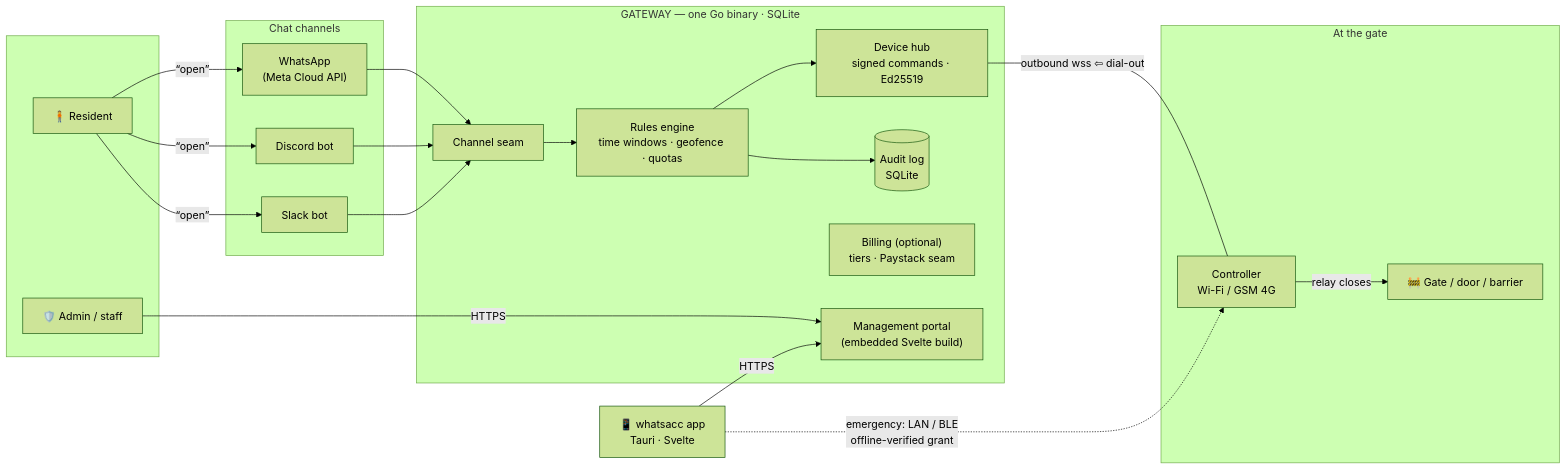
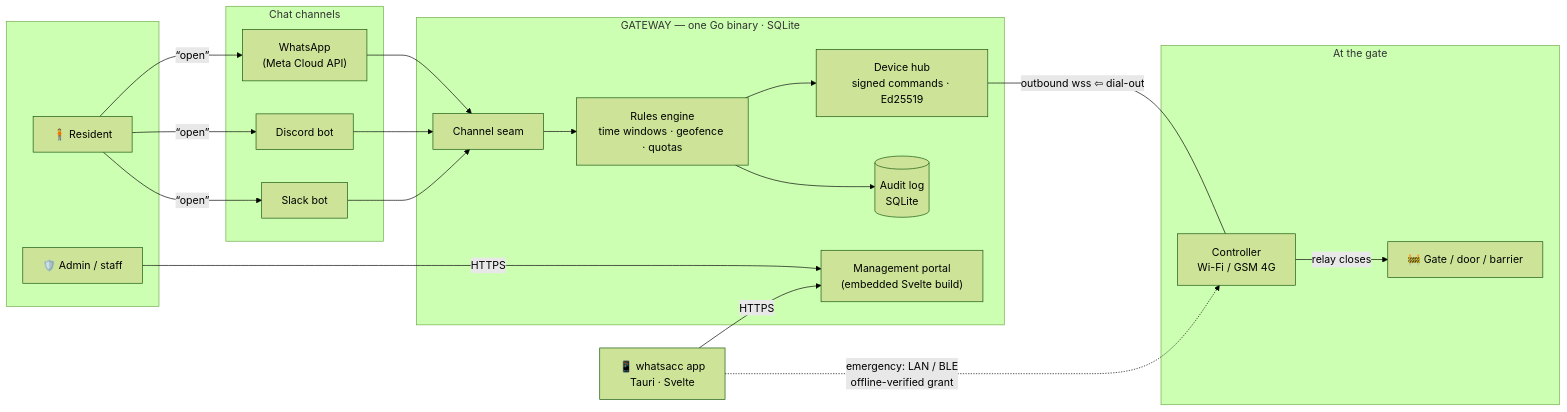
The first of 4 diagrams in ARCHITECTURE.md (vul-os/whatsacc), drawn with Mermaid (forest theme) before and after one commit. The commit also changed other lines of this file and 15 other files, not shown here.

Commit message:
Remove billing entirely: no Paystack/tiers/wallet — flagship free, DMTAP postage noted as future edge-funding path; drop billing-model/; refresh todo

````diff
--- a/ARCHITECTURE.md
+++ b/ARCHITECTURE.md
@@ -15,40 +16,39 @@
 ```mermaid
 flowchart LR
     subgraph people [" "]
         R["🧍 Resident"]
         A["🛡️ Admin / staff"]
     end
 
     subgraph channels ["Chat channels"]
         WA["WhatsApp<br/>(Meta Cloud API)"]
         DC["Discord bot"]
         SL["Slack bot"]
     end
 
     subgraph gw ["GATEWAY — one Go binary · SQLite"]
         CH["Channel seam"]
         RE["Rules engine<br/>time windows · geofence · quotas"]
         PORTAL["Management portal<br/>(embedded Svelte build)"]
         HUB["Device hub<br/>signed commands · Ed25519"]
-        BILL["Billing (optional)<br/>tiers · Paystack seam"]
         AUD[("Audit log<br/>SQLite")]
     end
 
     subgraph site ["At the gate"]
         C["Controller<br/>Wi-Fi / GSM 4G"]
         G["🚧 Gate / door / barrier"]
     end
 
     APP["📱 whatsacc app<br/>Tauri · Svelte"]
 
     R -- "“open”" --> WA & DC & SL
     WA & DC & SL --> CH
     CH --> RE
     A -- HTTPS --> PORTAL
     APP -- HTTPS --> PORTAL
     RE --> HUB
     RE --> AUD
     HUB -- "outbound wss ⇦ dial-out" --- C
     C -- relay closes --> G
     APP -. "emergency: LAN / BLE<br/>offline-verified grant" .-> C
 ```
````
